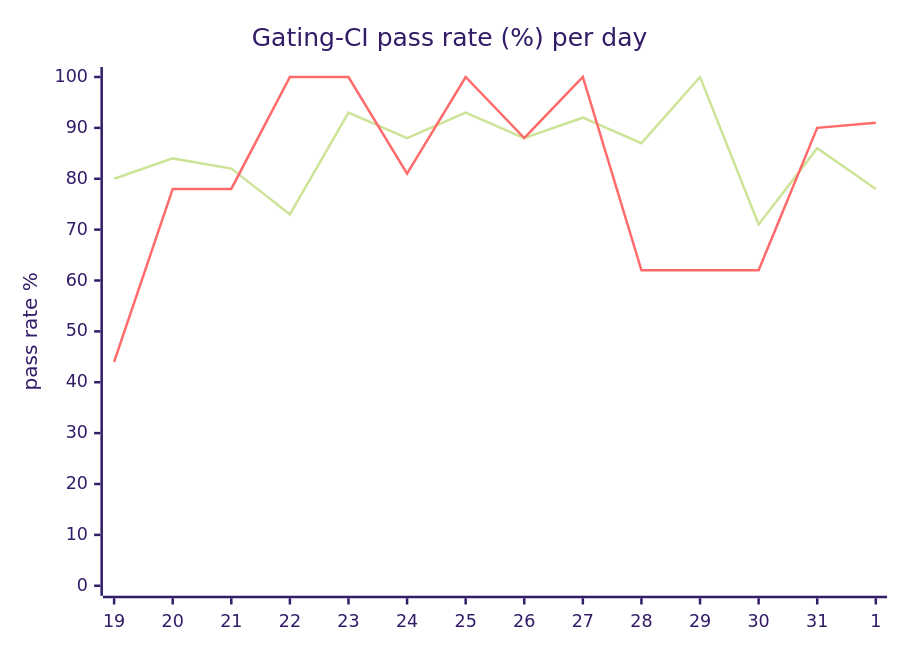
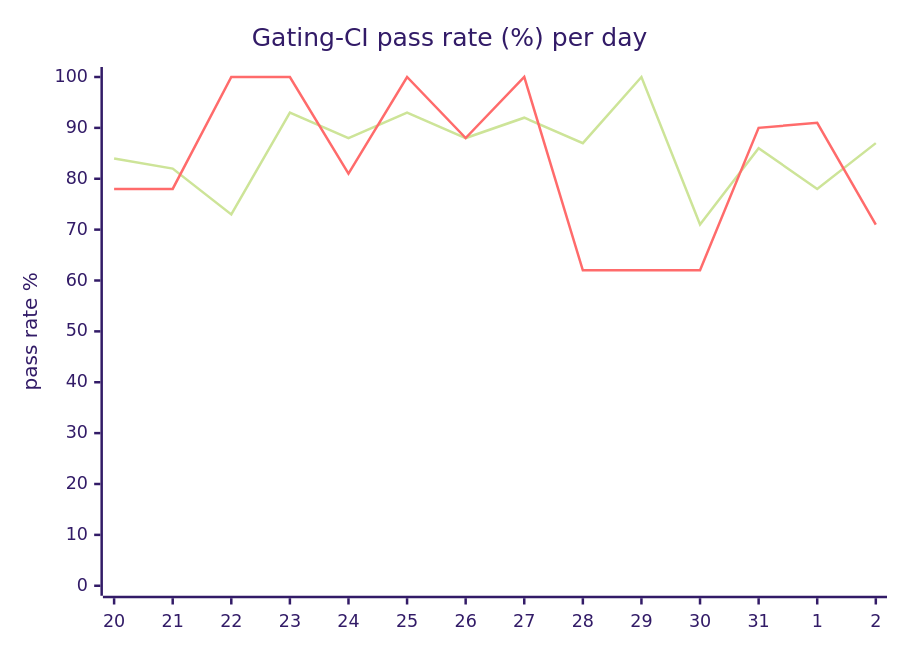
One commit to hatchet-dev/hatchet changed the diagram in hack/ci/ci-dashboard/staging/issue.md. Above: the diagram before and after it, drawn with Mermaid (forest theme). The commit also changed other lines of this file, not shown here.

````diff
--- a/hack/ci/ci-dashboard/staging/issue.md
+++ b/hack/ci/ci-dashboard/staging/issue.md
@@ -9,8 +9,8 @@
 ```mermaid
 xychart-beta
   title "Gating-CI pass rate (%) per day"
-  x-axis [19, 20, 21, 22, 23, 24, 25, 26, 27, 28, 29, 30, 31, 1]
+  x-axis [20, 21, 22, 23, 24, 25, 26, 27, 28, 29, 30, 31, 1, 2]
   y-axis "pass rate %" 0 --> 100
-  line "CI" [80, 84, 82, 73, 93, 88, 93, 88, 92, 87, 100, 71, 86, 78]
-  line "main" [44, 78, 78, 100, 100, 81, 100, 88, 100, 62, 62, 62, 90, 91]
+  line "CI" [84, 82, 73, 93, 88, 93, 88, 92, 87, 100, 71, 86, 78, 87]
+  line "main" [78, 78, 100, 100, 81, 100, 88, 100, 62, 62, 62, 90, 91, 71]
 ```
````
